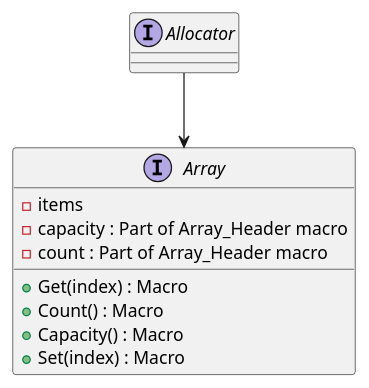
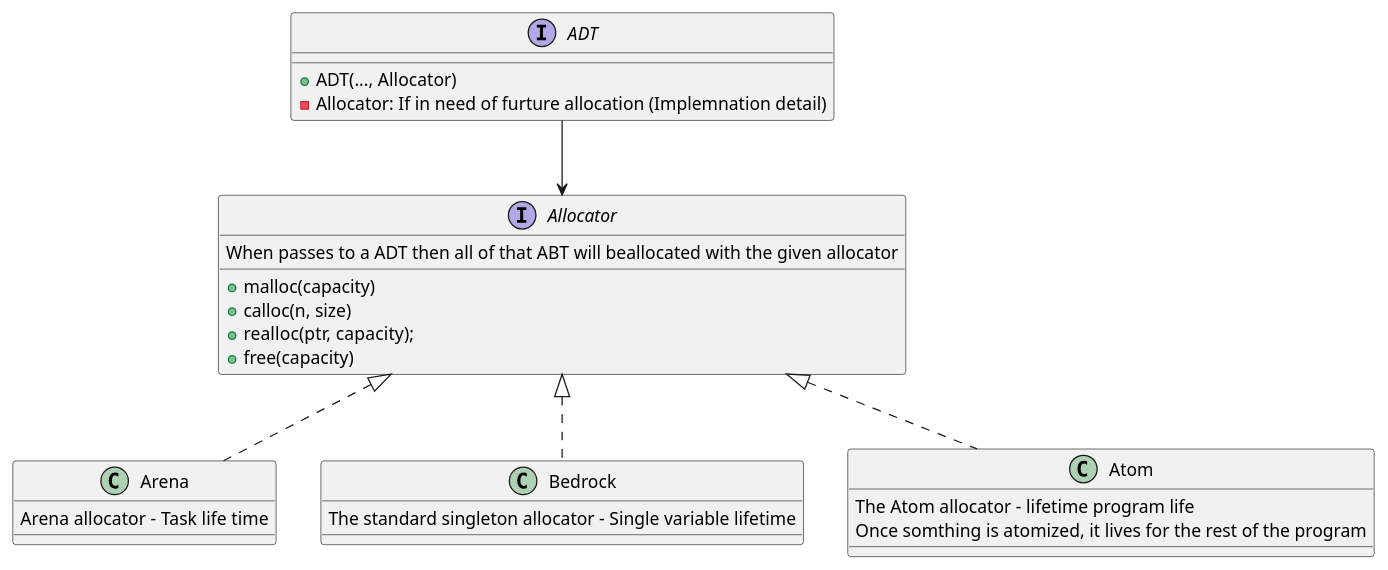
Before and after one commit to daplhall/GraphicsProject: the diagram in docs/alloc/allocator.puml, drawn with PlantUML. The commit also changed 1 other file, not shown here.

Commit message:
[Allocator] updated allocator uml

```diff
--- a/docs/alloc/allocator.puml
+++ b/docs/alloc/allocator.puml
@@ -1,17 +1,34 @@
 @startuml Allocator
     top to bottom direction
 
-    interface Allocator
-    interface Array{
-        - items
-        - capacity : Part of Array_Header macro
-        - count : Part of Array_Header macro
-
-        + Get(index) : Macro
-        + Count() : Macro
-        + Capacity() : Macro
-        + Set(index) : Macro
+    interface Allocator{
+        When passes to a ADT then all of that ABT will beallocated with the given allocator
+        + malloc(capacity)        
+        + calloc(n, size)
+        + realloc(ptr, capacity);  
+        + free(capacity)        
+    }
+    interface ADT{
+        + ADT(..., Allocator)
+        - Allocator: If in need of furture allocation (Implemnation detail)
     }
     
-    Allocator --> Array    
+    class Arena{
+        Arena allocator - Task life time
+    }
+    class Bedrock{
+        The standard singleton allocator - Single variable lifetime
+
+    }
+    class Atom {
+        The Atom allocator - lifetime program life
+        Once somthing is atomized, it lives for the rest of the program
+    }
+
+    
+    ADT --> Allocator
+    Arena .up.|> Allocator
+    Bedrock .up.|> Allocator
+    Atom .up.|> Allocator
+    
 @enduml
```
